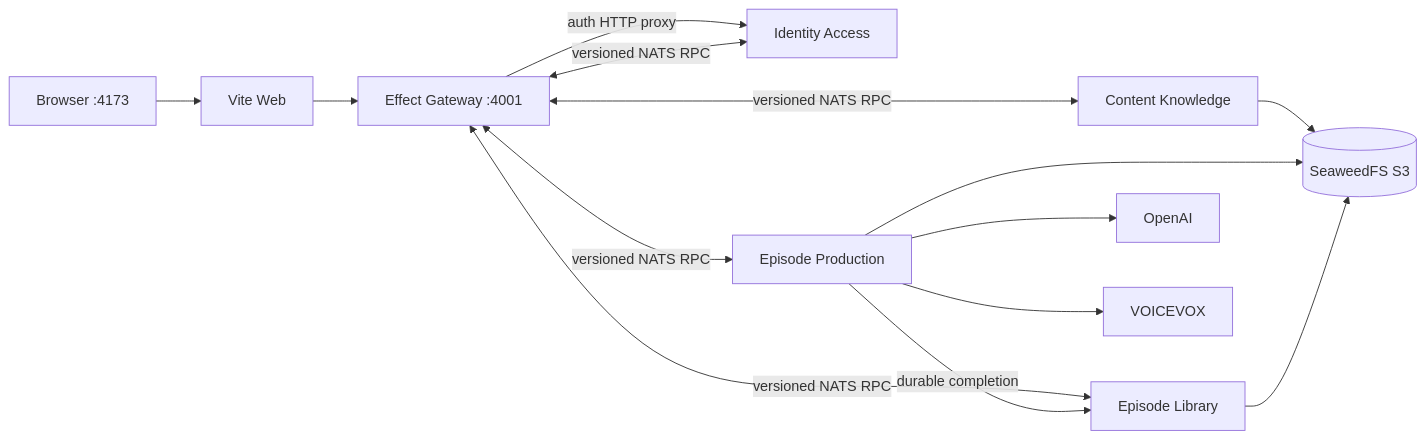
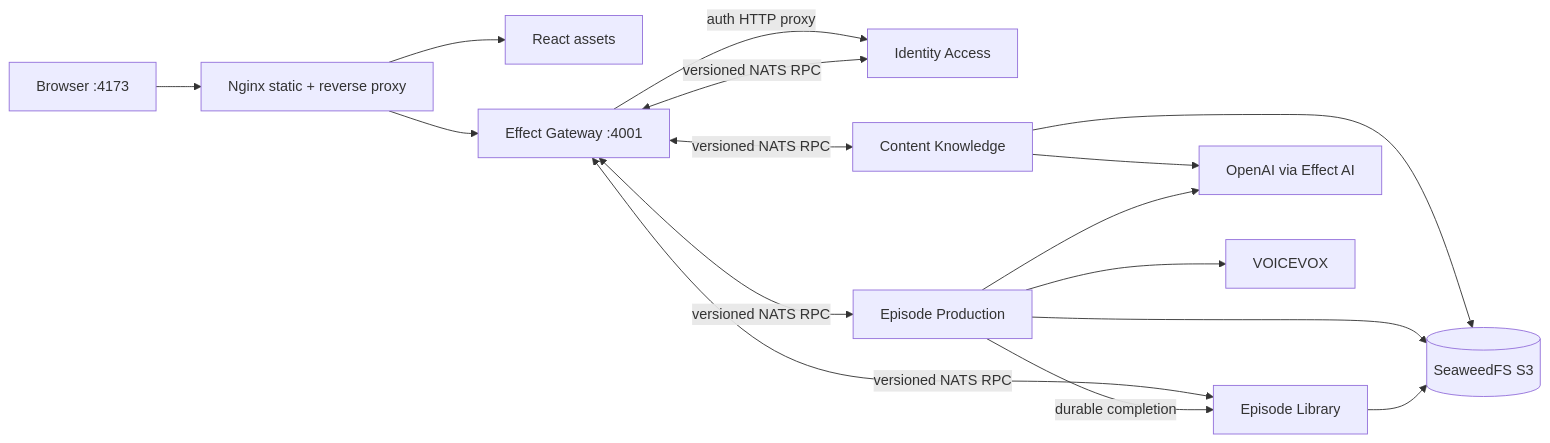
One commit to r4ai/news-podcast changed the first of 4 diagrams in docs/development.md. Above: the diagram before and after it, drawn with Mermaid. The commit also changed other lines of this file and 189 other files, not shown here.

````diff
--- a/docs/development.md
+++ b/docs/development.md
@@ -45,16 +45,18 @@
 ```mermaid
 flowchart LR
-  Browser["Browser :4173"] --> Web["Vite Web"]
-  Web --> Gateway["Effect Gateway :4001"]
+  Browser["Browser :4173"] --> Edge["Nginx static + reverse proxy"]
+  Edge --> Web["React assets"]
+  Edge --> Gateway["Effect Gateway :4001"]
   Gateway -->|"auth HTTP proxy"| Identity["Identity Access"]
   Gateway <-->|"versioned NATS RPC"| Identity
   Gateway <-->|"versioned NATS RPC"| Content["Content Knowledge"]
   Gateway <-->|"versioned NATS RPC"| Production["Episode Production"]
   Gateway <-->|"versioned NATS RPC"| Library["Episode Library"]
   Production -->|"durable completion"| Library
   Content --> S3[("SeaweedFS S3")]
   Production --> S3
   Library --> S3
-  Production --> OpenAI["OpenAI"]
+  Content --> OpenAI["OpenAI via Effect AI"]
+  Production --> OpenAI
   Production --> Voicevox["VOICEVOX"]
 ```
````
